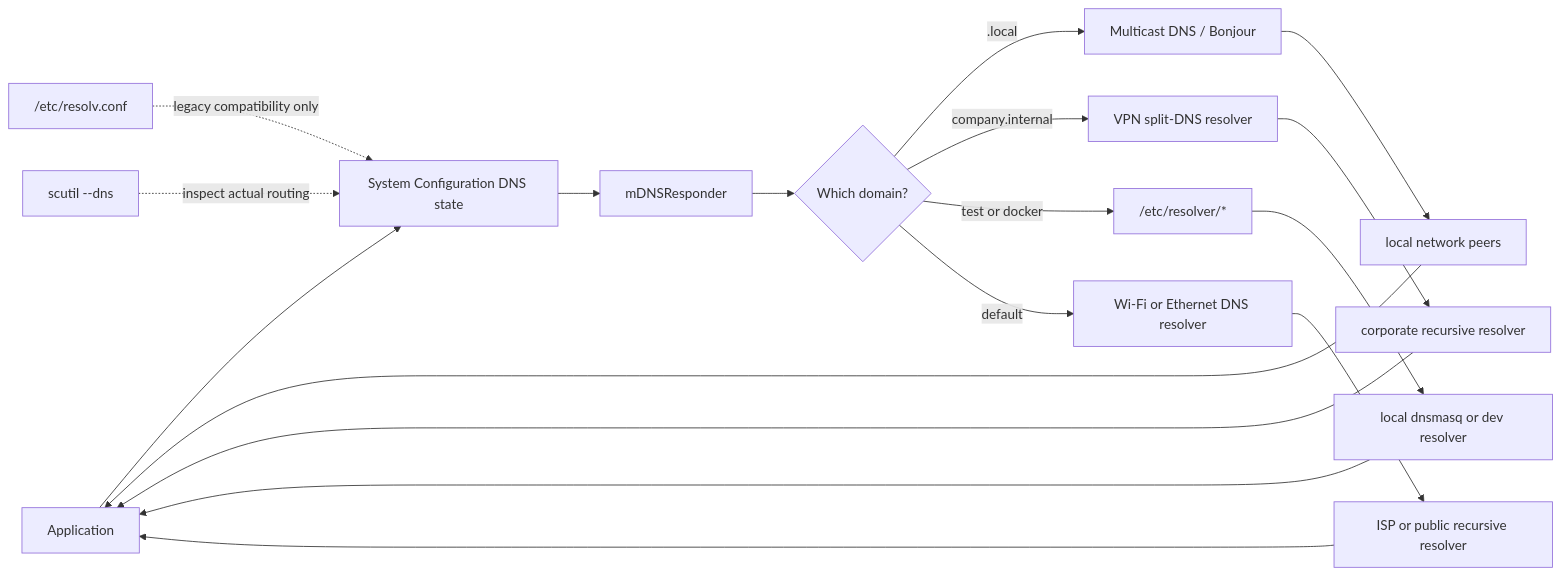
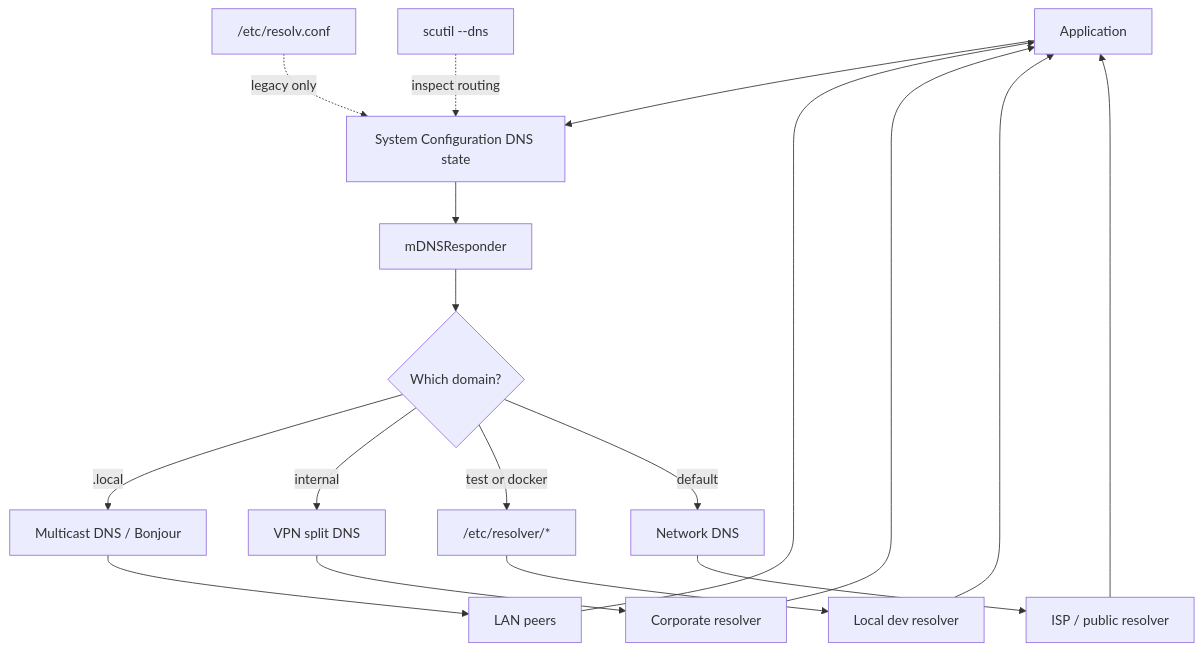
The third of 5 diagrams in _posts/2026/2026-06-08-deep-dive-into-dns-architecture-hijacks-and-timeouts.md (chunyang-wen/chunyang-wen.github.io), drawn with Mermaid before and after one commit. The commit also changed other lines of this file, not shown here.

Commit message:
Compact DNS Mermaid diagrams

````diff
--- a/_posts/2026/2026-06-08-deep-dive-into-dns-architecture-hijacks-and-timeouts.md
+++ b/_posts/2026/2026-06-08-deep-dive-into-dns-architecture-hijacks-and-timeouts.md
@@ -126,24 +126,24 @@
 ```mermaid
-flowchart LR
+flowchart TB
     app["Application"] --> sysconf["System Configuration DNS state"]
     sysconf --> mdns["mDNSResponder"]
     mdns --> route{"Which domain?"}
 
     route -- ".local" --> bonjour["Multicast DNS / Bonjour"]
-    route -- "company.internal" --> vpn["VPN split-DNS resolver"]
+    route -- "internal" --> vpn["VPN split DNS"]
     route -- "test or docker" --> resolverdir["/etc/resolver/*"]
-    route -- "default" --> network["Wi-Fi or Ethernet DNS resolver"]
+    route -- "default" --> network["Network DNS"]
 
-    resolverdir --> dnsmasq["local dnsmasq or dev resolver"]
-    vpn --> recursive["corporate recursive resolver"]
-    network --> public["ISP or public recursive resolver"]
-    bonjour --> lan["local network peers"]
+    resolverdir --> dnsmasq["Local dev resolver"]
+    vpn --> recursive["Corporate resolver"]
+    network --> public["ISP / public resolver"]
+    bonjour --> lan["LAN peers"]
 
     dnsmasq --> app
     recursive --> app
     public --> app
     lan --> app
 
-    legacy["/etc/resolv.conf"] -. "legacy compatibility only" .-> sysconf
-    inspect["scutil --dns"] -. "inspect actual routing" .-> sysconf
+    legacy["/etc/resolv.conf"] -. "legacy only" .-> sysconf
+    inspect["scutil --dns"] -. "inspect routing" .-> sysconf
 ```
````
